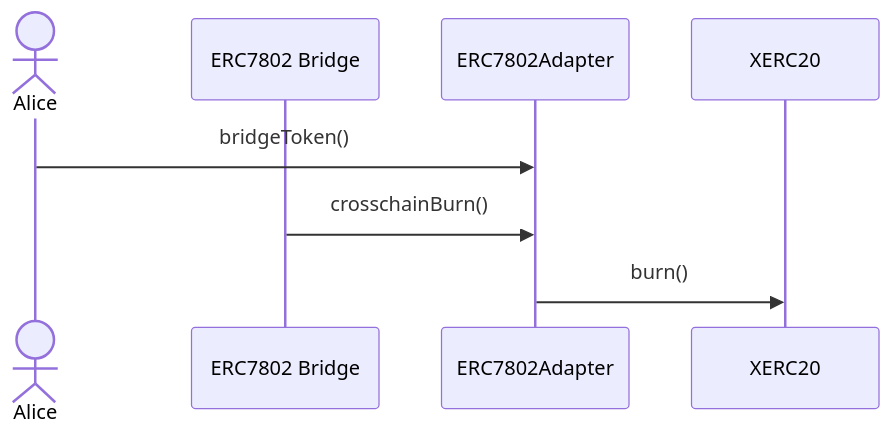
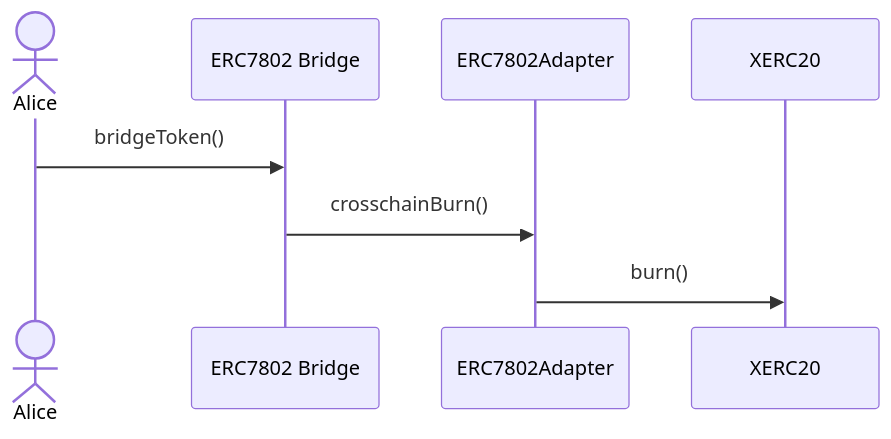
One commit to defi-wonderland/crosschainERC20 changed the ninth of 10 diagrams in README.md. Above: the diagram before and after it, drawn with Mermaid.

````diff
--- a/README.md
+++ b/README.md
@@ -122,11 +122,11 @@
 ```mermaid
 sequenceDiagram
     actor A as Alice
     participant B as ERC7802 Bridge
     participant AD as ERC7802Adapter
     participant C as XERC20
 
-    A ->> AD: bridgeToken()
+    A ->> B: bridgeToken()
     B ->> AD: crosschainBurn()
     AD ->> C: burn()
 ```
````
